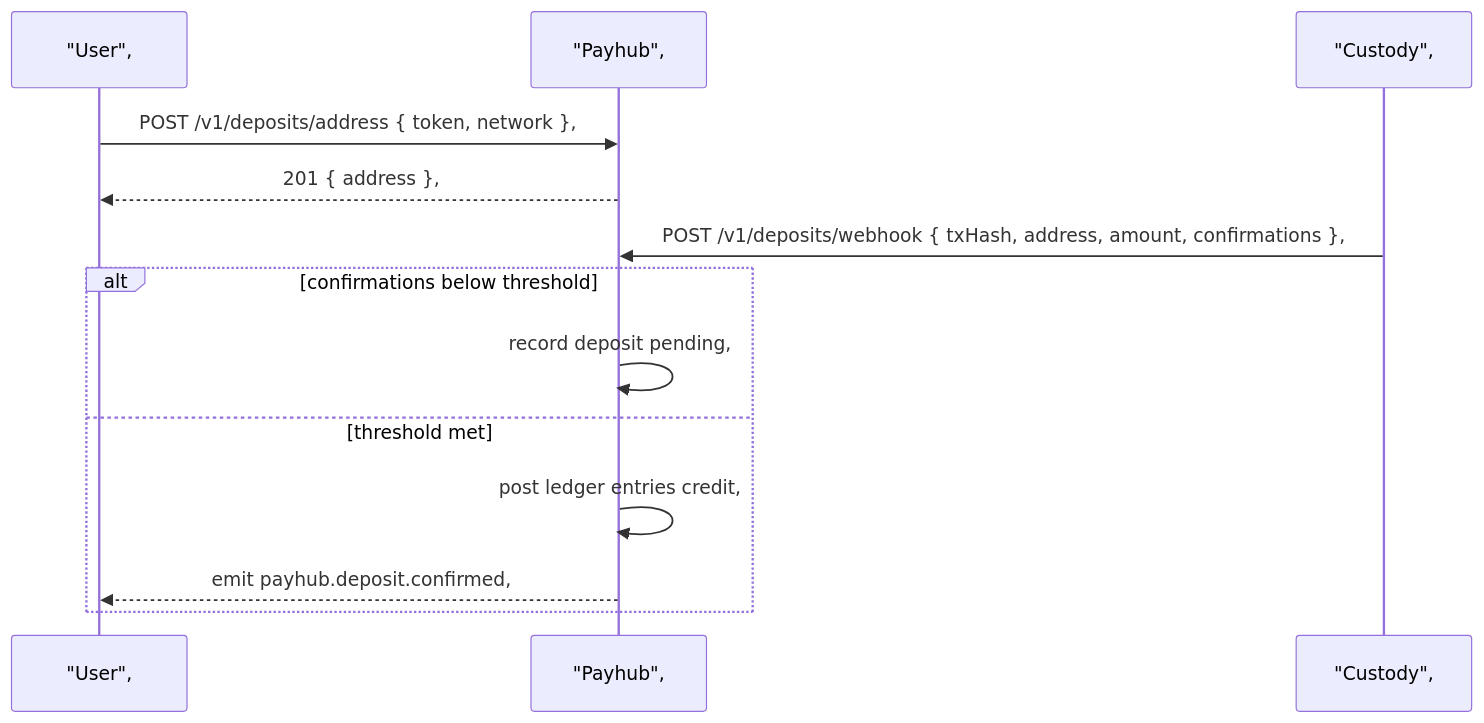
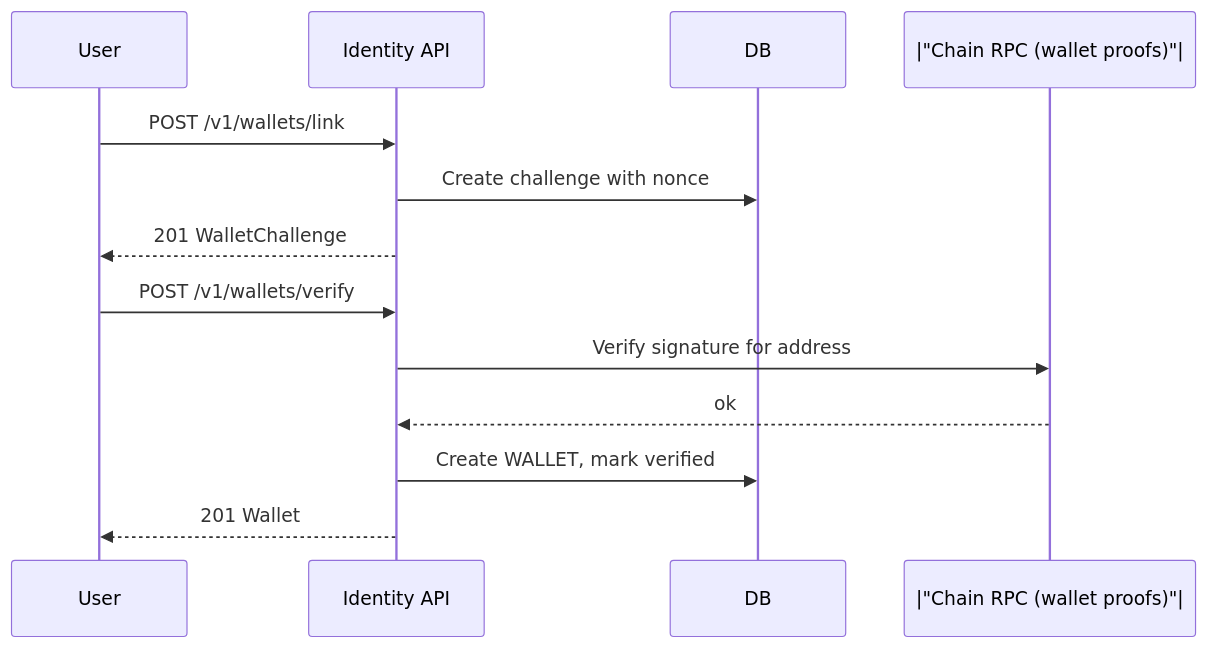
Before and after one commit to bkkac/tg-miniapp-payhub-service: the fourth of 8 diagrams in SystemDesign.md, drawn with Mermaid. The commit also changed other lines of this file, not shown here.

````diff
--- a/SystemDesign.md
+++ b/SystemDesign.md
@@ -740,15 +1031,15 @@
 ```mermaid
 sequenceDiagram
-  participant U as "User",
-  participant PH as "Payhub",
-  participant CU as "Custody",
-  U->>PH: POST /v1/deposits/address { token, network },
-  PH-->>U: 201 { address },
-  CU->>PH: POST /v1/deposits/webhook { txHash, address, amount, confirmations },
-  alt confirmations below threshold
-    PH->>PH: record deposit pending,
-  else threshold met
-    PH->>PH: post ledger entries credit,
-    PH-->>U: emit payhub.deposit.confirmed,
-  end
+  participant U as User
+  participant API as Identity API
+  participant DB as DB
+  participant RPC as |"Chain RPC (wallet proofs)"|
+  U->>API: POST /v1/wallets/link
+  API->>DB: Create challenge with nonce
+  API-->>U: 201 WalletChallenge
+  U->>API: POST /v1/wallets/verify
+  API->>RPC: Verify signature for address
+  RPC-->>API: ok
+  API->>DB: Create WALLET, mark verified
+  API-->>U: 201 Wallet
 ```
````
